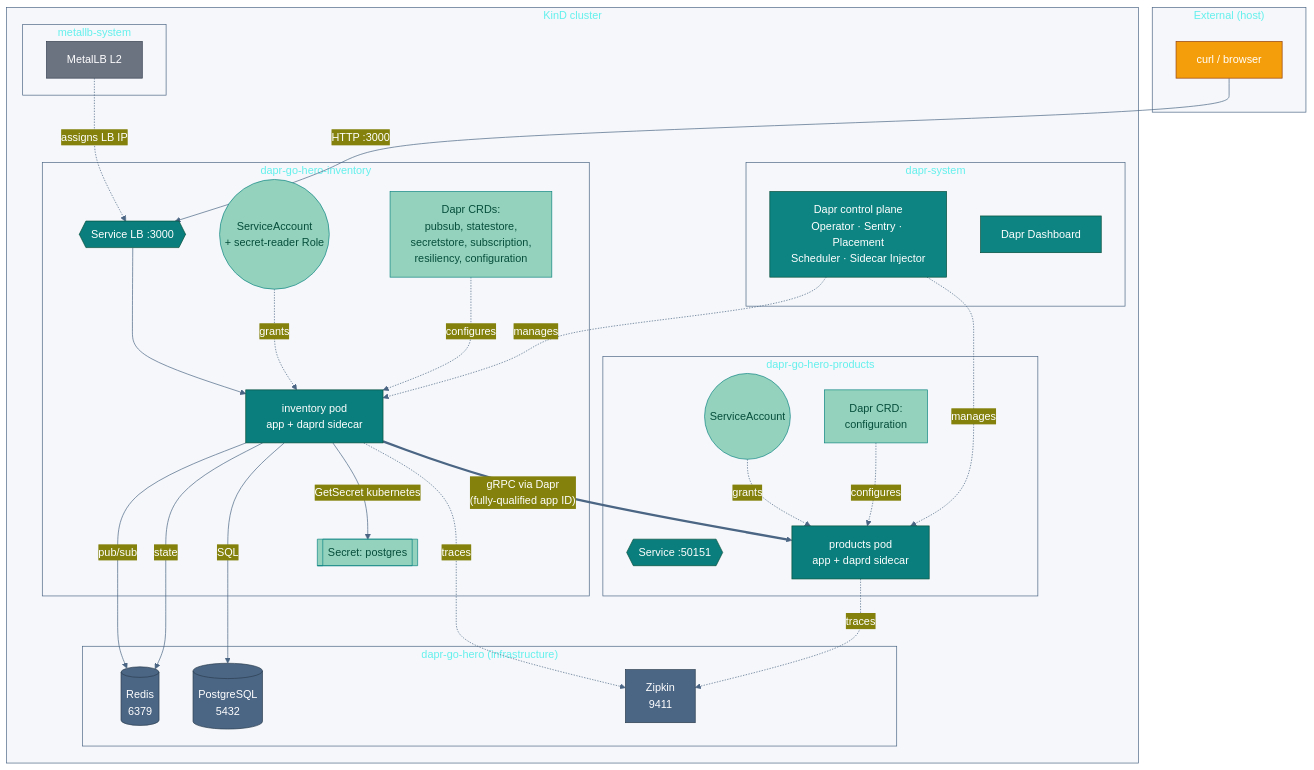
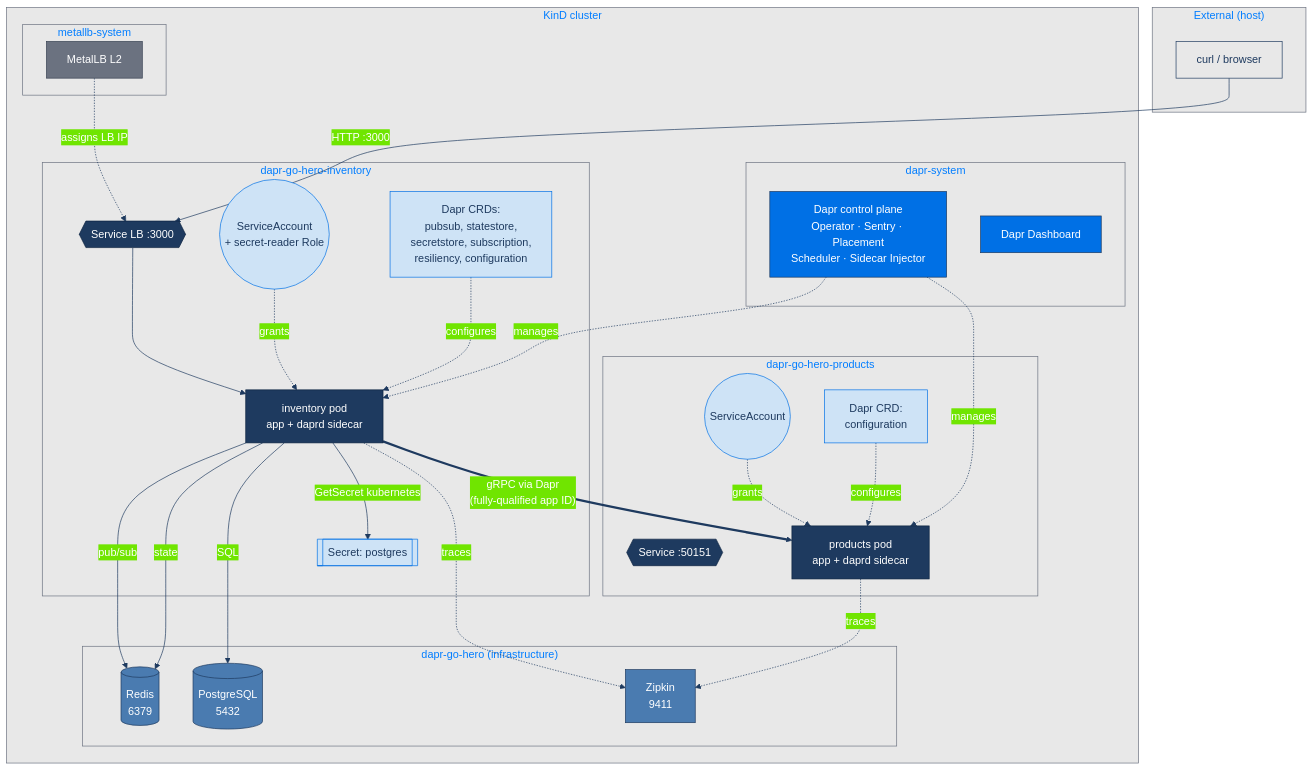
Before and after one commit to AndriyKalashnykov/dapr-go-hero: the first of 2 diagrams in README.md, drawn with Mermaid. The commit also changed other lines of this file, not shown here.

Commit message:
docs: align both Mermaid diagrams to demo.png palette
Replace the previous teal/amber scheme with the blue palette from
demo.png so the README reads as one visual design:

- Dapr control plane + sidecars: Dapr blue #0070E5
- App pods / services: navy #1E3A5F (matches demo.png Products hexagon)
- K8s resources + notes: light blue #CEE3F6 (matches Secret/State/Name
  resolution boxes in demo.png)
- Stateful infrastructure (Redis/Postgres/Zipkin): medium blue #4A7BB0
- External client + sequence actors: light gray #E8E8E8 (matches
  demo.png subscription box style)
- MetalLB: neutral gray #6B7280
- Edges/signals/labels: navy #1E3A5F

Previous rev had two diagrams in different schemes because graph TB
uses classDef (solid fills) while sequenceDiagram only supports
themeVariables. This rev uses matched hex values across both so the
output is visually unified despite the different Mermaid styling
primitives.

mermaid-lint passes.

````diff
--- a/README.md
+++ b/README.md
@@ -255,72 +255,72 @@
 ```mermaid
-%%{init: {'theme':'base','themeVariables':{'fontFamily':'ui-sans-serif, system-ui, sans-serif','primaryColor':'#0D8482','primaryTextColor':'#fff','primaryBorderColor':'#064E3B','lineColor':'#4B6584','clusterBkg':'#F5F7FA','clusterBorder':'#4B6584'}}}%%
+%%{init: {'theme':'base','themeVariables':{'fontFamily':'ui-sans-serif, system-ui, sans-serif','primaryColor':'#0070E5','primaryTextColor':'#fff','primaryBorderColor':'#1E3A5F','lineColor':'#1E3A5F','clusterBkg':'#E8E8E8','clusterBorder':'#6B7280'}}}%%
 graph TB
   subgraph Client["External (host)"]
     C[curl / browser]
   end
 
   subgraph Cluster["KinD cluster"]
     subgraph MetalLB["metallb-system"]
       ML[MetalLB L2]
     end
 
     subgraph DaprSystem["dapr-system"]
       DS[Dapr control plane<br/>Operator · Sentry · Placement<br/>Scheduler · Sidecar Injector]
       DD[Dapr Dashboard]
     end
 
     subgraph Infra["dapr-go-hero (infrastructure)"]
       R[(Redis<br/>6379)]
       P[(PostgreSQL<br/>5432)]
       Z[Zipkin<br/>9411]
     end
 
     subgraph InvNS["dapr-go-hero-inventory"]
       ISVC{{Service LB :3000}}
       IPOD[inventory pod<br/>app + daprd sidecar]
       ISEC[[Secret: postgres]]
       ISA((ServiceAccount<br/>+ secret-reader Role))
       ICRD[Dapr CRDs:<br/>pubsub, statestore,<br/>secretstore, subscription,<br/>resiliency, configuration]
     end
 
     subgraph ProdNS["dapr-go-hero-products"]
       PSVC{{Service :50151}}
       PPOD[products pod<br/>app + daprd sidecar]
       PSA((ServiceAccount))
       PCRD[Dapr CRD:<br/>configuration]
     end
 
     ML -.assigns LB IP.-> ISVC
     C -->|HTTP :3000| ISVC --> IPOD
 
     IPOD -->|pub/sub| R
     IPOD -->|state| R
     IPOD -->|SQL| P
     IPOD -->|GetSecret kubernetes| ISEC
     IPOD -.->|traces| Z
     PPOD -.->|traces| Z
 
     IPOD ==>|"gRPC via Dapr<br/>(fully-qualified app ID)"| PPOD
 
     DS -.manages.-> IPOD
     DS -.manages.-> PPOD
     ISA -.grants.-> IPOD
     PSA -.grants.-> PPOD
     ICRD -.configures.-> IPOD
     PCRD -.configures.-> PPOD
   end
 
-  classDef external fill:#F59E0B,stroke:#92400E,color:#fff,stroke-width:1px
+  classDef external fill:#E8E8E8,stroke:#1E3A5F,color:#1E3A5F,stroke-width:1px
   classDef metallb fill:#6B7280,stroke:#374151,color:#fff,stroke-width:1px
-  classDef daprControl fill:#0D8482,stroke:#064E3B,color:#fff,stroke-width:1px
-  classDef infra fill:#4B6584,stroke:#2C3E50,color:#fff,stroke-width:1px
-  classDef appPod fill:#0A7E7C,stroke:#064E3B,color:#fff,stroke-width:1px
-  classDef k8sResource fill:#94D2BD,stroke:#0D8482,color:#064E3B,stroke-width:1px
+  classDef daprControl fill:#0070E5,stroke:#1E3A5F,color:#fff,stroke-width:1px
+  classDef infra fill:#4A7BB0,stroke:#1E3A5F,color:#fff,stroke-width:1px
+  classDef appPod fill:#1E3A5F,stroke:#0C2340,color:#fff,stroke-width:1px
+  classDef k8sResource fill:#CEE3F6,stroke:#0070E5,color:#1E3A5F,stroke-width:1px
 
   class C external
   class ML metallb
   class DS,DD daprControl
   class R,P,Z infra
   class ISVC,IPOD,PSVC,PPOD appPod
   class ISEC,ISA,ICRD,PSA,PCRD k8sResource
 ```
````
